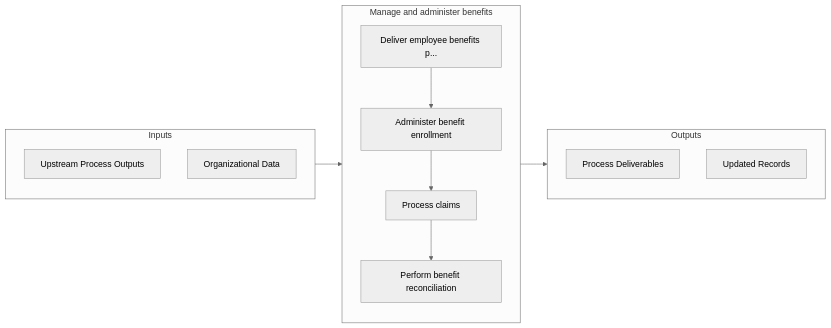
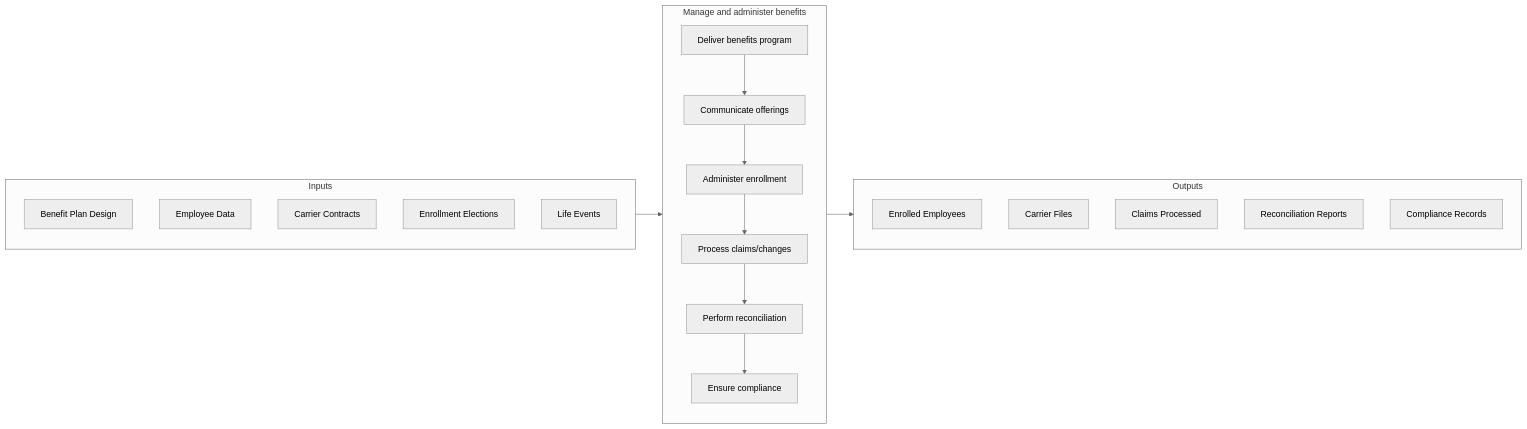
One commit to kziemski/business.org.ai changed the second of 2 diagrams in processes/07-HR/7.5-RewardRetainEmployees/7.5.2-ManageAdministerBenefits/index.mdx. Above: the diagram before and after it, drawn with Mermaid (neutral theme). The commit also changed other lines of this file and 885 other files, not shown here.

````diff
--- a/processes/07-HR/7.5-RewardRetainEmployees/7.5.2-ManageAdministerBenefits/index.mdx
+++ b/processes/07-HR/7.5-RewardRetainEmployees/7.5.2-ManageAdministerBenefits/index.mdx
@@ -62,24 +62,31 @@
 ```mermaid
 flowchart LR
     subgraph Inputs["Inputs"]
-        I1["Upstream Process Outputs"]
-        I2["Organizational Data"]
+        I1["Benefit Plan Design"]
+        I2["Employee Data"]
+        I3["Carrier Contracts"]
+        I4["Enrollment Elections"]
+        I5["Life Events"]
     end
 
     subgraph Process["Manage and administer benefits"]
-        S1["Deliver employee benefits p..."]
-        S2["Administer benefit enrollment"]
-        S3["Process claims"]
-        S4["Perform benefit reconciliation"]
+        S1["Deliver benefits program"]
+        S2["Communicate offerings"]
+        S3["Administer enrollment"]
+        S4["Process claims/changes"]
+        S5["Perform reconciliation"]
+        S6["Ensure compliance"]
+
+        S1 --> S2 --> S3 --> S4 --> S5 --> S6
     end
 
     subgraph Outputs["Outputs"]
-        O1["Process Deliverables"]
-        O2["Updated Records"]
+        O1["Enrolled Employees"]
+        O2["Carrier Files"]
+        O3["Claims Processed"]
+        O4["Reconciliation Reports"]
+        O5["Compliance Records"]
     end
 
     Inputs --> Process --> Outputs
-    S1 --> S2
-    S2 --> S3
-    S3 --> S4
 ```
````
